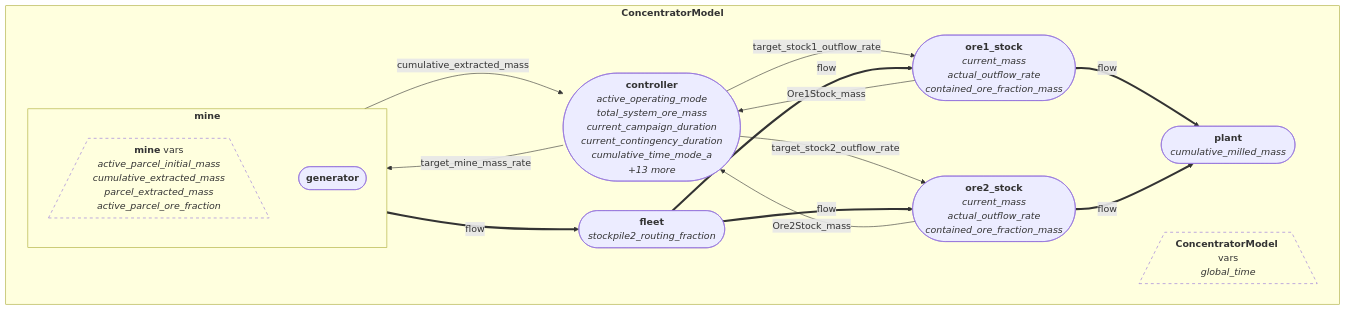
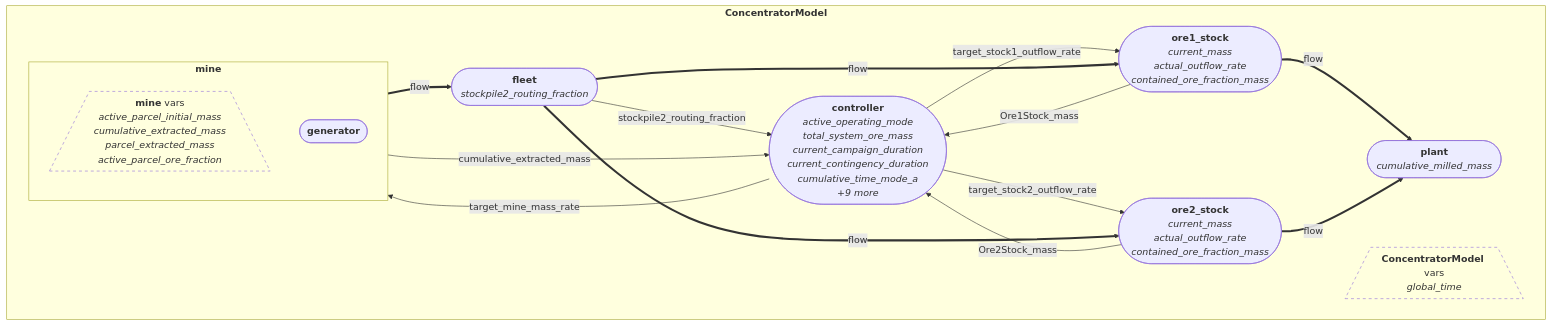
The diagram in Concentrator_Module_Graph.md (epicgamer17/mining-drs), drawn with Mermaid before and after one commit. The commit also changed other lines of this file and 19 other files, not shown here.

````diff
--- a/Concentrator_Module_Graph.md
+++ b/Concentrator_Module_Graph.md
@@ -20,28 +20,29 @@
 ```mermaid
 flowchart TD
 subgraph root["<b>ConcentratorModel</b>"]
     root_vars[/"<b>ConcentratorModel</b> vars<br><i>global_time</i>"\]
     style root_vars fill:transparent,stroke-dasharray: 5 5
     subgraph mine["<b>mine</b>"]
         mine_vars[/"<b>mine</b> vars<br><i>active_parcel_initial_mass</i><br><i>cumulative_extracted_mass</i><br><i>parcel_extracted_mass</i><br><i>active_parcel_ore_fraction</i>"\]
         style mine_vars fill:transparent,stroke-dasharray: 5 5
         mine_generator(["<b>generator</b>"])
     end
     fleet(["<b>fleet</b><br><i>stockpile2_routing_fraction</i>"])
     ore1_stock(["<b>ore1_stock</b><br><i>current_mass</i><br><i>actual_outflow_rate</i><br><i>contained_ore_fraction_mass</i>"])
     ore2_stock(["<b>ore2_stock</b><br><i>current_mass</i><br><i>actual_outflow_rate</i><br><i>contained_ore_fraction_mass</i>"])
     plant(["<b>plant</b><br><i>cumulative_milled_mass</i>"])
-    controller(["<b>controller</b><br><i>active_operating_mode</i><br><i>total_system_ore_mass</i><br><i>current_campaign_duration</i><br><i>current_contingency_duration</i><br><i>cumulative_time_mode_a</i><br><i>+13 more</i>"])
+    controller(["<b>controller</b><br><i>active_operating_mode</i><br><i>total_system_ore_mass</i><br><i>current_campaign_duration</i><br><i>current_contingency_duration</i><br><i>cumulative_time_mode_a</i><br><i>+9 more</i>"])
 end
     controller -->|target_mine_mass_rate| mine
     controller -->|target_stock1_outflow_rate| ore1_stock
     controller -->|target_stock2_outflow_rate| ore2_stock
     mine -->|cumulative_extracted_mass| controller
     ore1_stock -->|Ore1Stock_mass| controller
     ore2_stock -->|Ore2Stock_mass| controller
+    fleet -->|stockpile2_routing_fraction| controller
     mine ==>|flow| fleet
     fleet ==>|flow| ore1_stock
     fleet ==>|flow| ore2_stock
     ore1_stock ==>|flow| plant
     ore2_stock ==>|flow| plant
 ```
````
